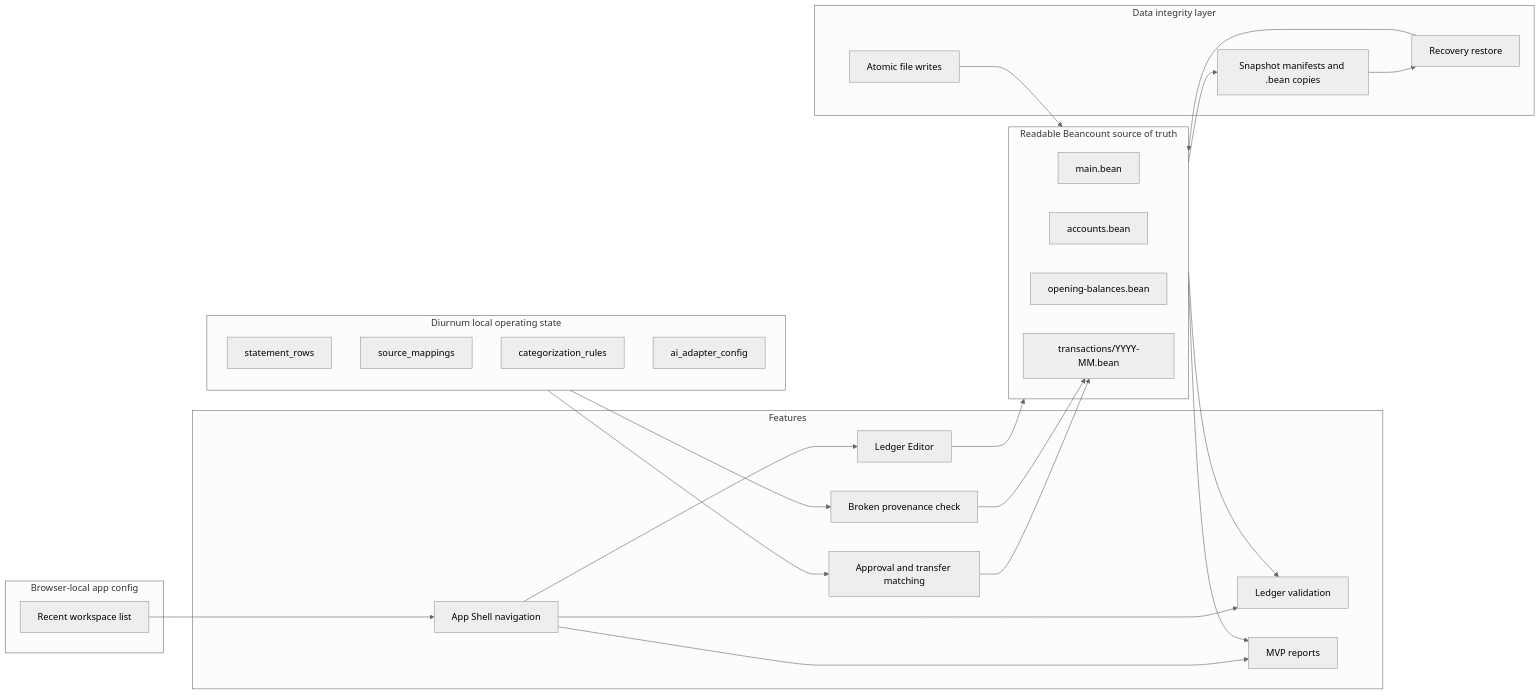
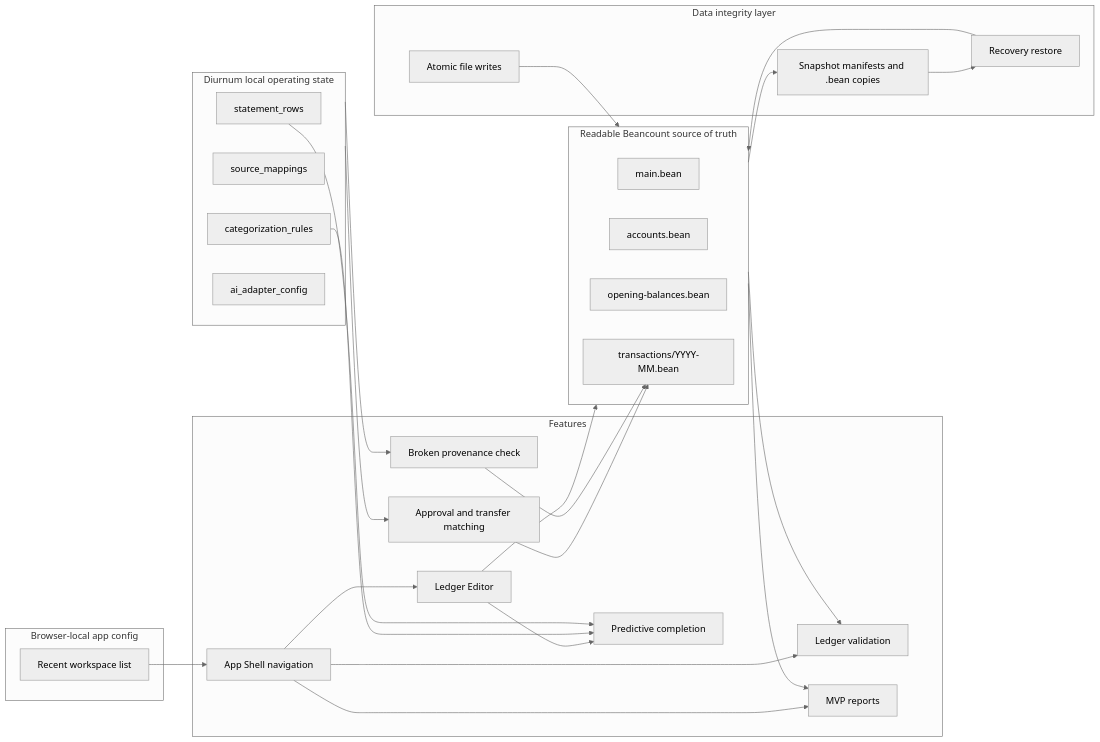
The third of 4 diagrams in docs/architecture.md (Diurnum-Dev/Diurnum), drawn with Mermaid (neutral theme) before and after one commit. The commit also changed other lines of this file and 11 other files, not shown here.

Commit message:
feat: add predictive ledger completion

````diff
--- a/docs/architecture.md
+++ b/docs/architecture.md
@@ -99,51 +102,55 @@
 ```mermaid
 flowchart LR
   subgraph LedgerFiles[Readable Beancount source of truth]
     Main[main.bean]
     Accounts[accounts.bean]
     Opening[opening-balances.bean]
     Monthly[transactions/YYYY-MM.bean]
   end
 
   subgraph SQLite[Diurnum local operating state]
     Rows[statement_rows]
     Mappings[source_mappings]
     Rules[categorization_rules]
     Adapter[ai_adapter_config]
   end
 
   subgraph AppConfig[Browser-local app config]
     Recents[Recent workspace list]
   end
 
   subgraph Features[Features]
     Shell[App Shell navigation]
     Editor[Ledger Editor]
+    Completion[Predictive completion]
     Validation[Ledger validation]
     Approval[Approval and transfer matching]
     Provenance[Broken provenance check]
     Reports[MVP reports]
   end
 
   subgraph Integrity[Data integrity layer]
     Atomic[Atomic file writes]
     Snapshots[Snapshot manifests and .bean copies]
     Recovery[Recovery restore]
   end
 
   LedgerFiles --> Validation
   LedgerFiles --> Reports
   SQLite --> Approval
   SQLite --> Provenance
   Recents --> Shell
   Shell --> Editor
+  Editor --> Completion
   Editor --> LedgerFiles
+  Rules --> Completion
+  Rows --> Completion
   Shell --> Validation
   Shell --> Reports
   Atomic --> LedgerFiles
   LedgerFiles --> Snapshots
   Snapshots --> Recovery
   Recovery --> LedgerFiles
   Approval --> Monthly
   Provenance --> Monthly
 ```
````
